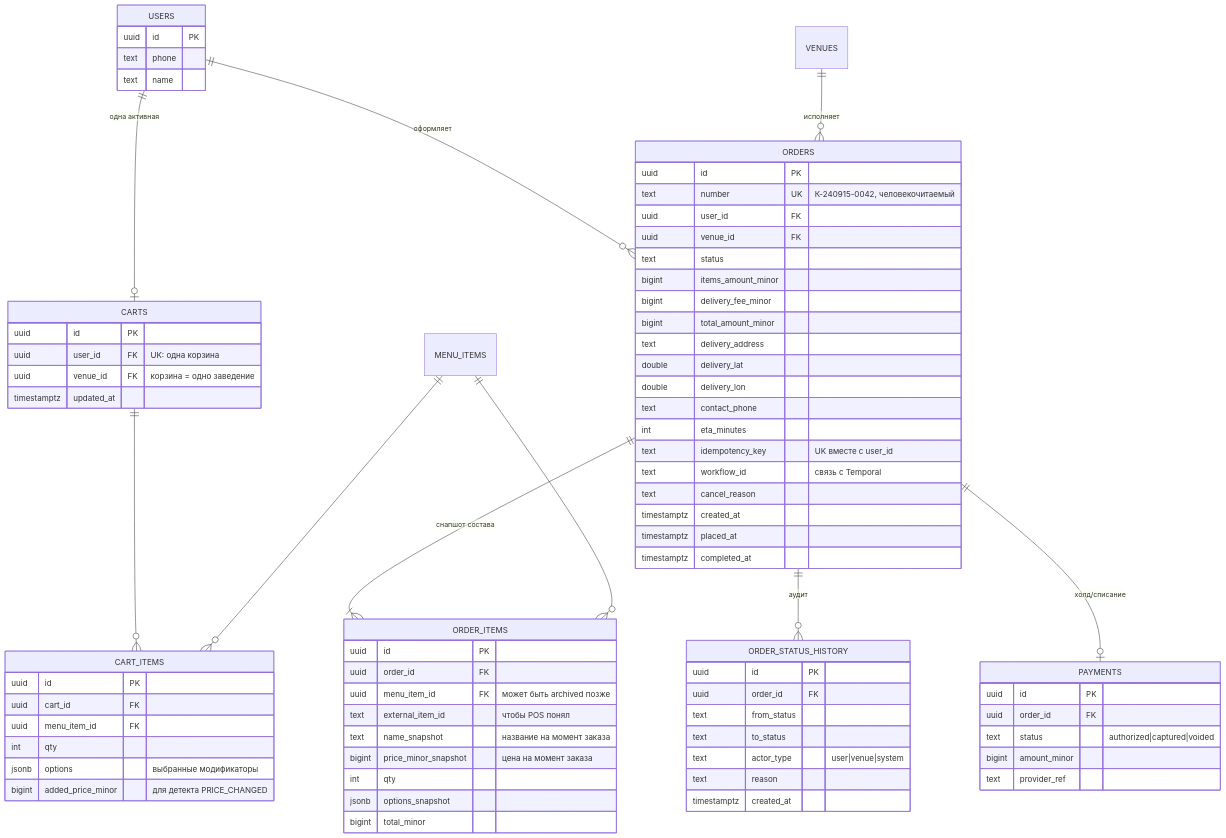
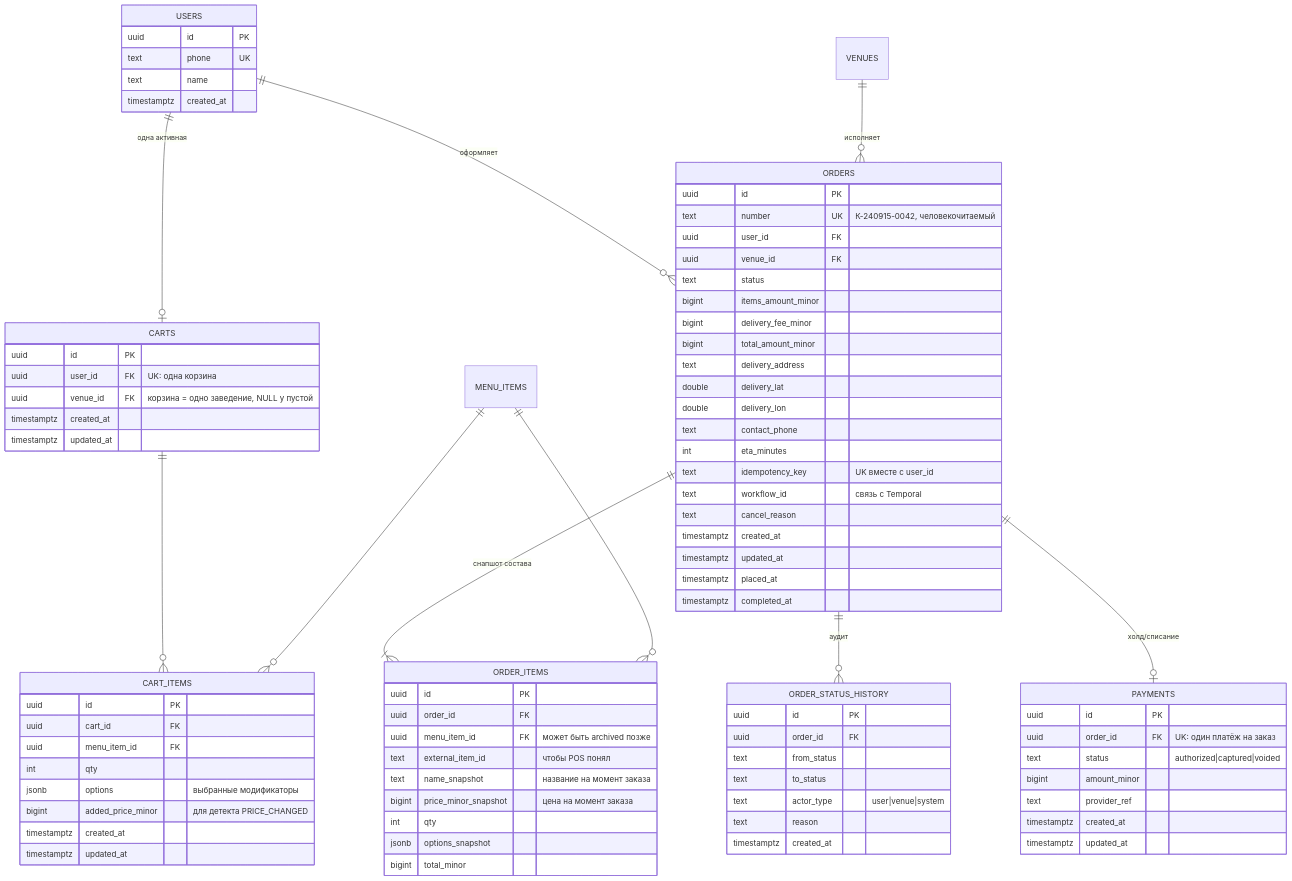
Diagram 11 of 12 in docs/DESIGN.md (EmotionlessDev/avito2026internship), drawn with Mermaid before and after one commit. The commit also changed other lines of this file and 23 other files, not shown here.

First line of the commit message:
feat: этап 1 — схема БД, миграции и демо-данные

````diff
--- a/docs/DESIGN.md
+++ b/docs/DESIGN.md
@@ -618,13 +633,15 @@
 
     USERS {
         uuid id PK
-        text phone
+        text phone UK
         text name
+        timestamptz created_at
     }
     CARTS {
         uuid id PK
         uuid user_id FK "UK: одна корзина"
-        uuid venue_id FK "корзина = одно заведение"
+        uuid venue_id FK "корзина = одно заведение, NULL у пустой"
+        timestamptz created_at
         timestamptz updated_at
     }
     CART_ITEMS {
@@ -634,6 +651,8 @@
         int qty
         jsonb options "выбранные модификаторы"
         bigint added_price_minor "для детекта PRICE_CHANGED"
+        timestamptz created_at
+        timestamptz updated_at
     }
     ORDERS {
         uuid id PK
@@ -653,6 +672,7 @@
         text workflow_id "связь с Temporal"
         text cancel_reason
         timestamptz created_at
+        timestamptz updated_at
         timestamptz placed_at
         timestamptz completed_at
     }
@@ -678,9 +698,11 @@
     }
     PAYMENTS {
         uuid id PK
-        uuid order_id FK
+        uuid order_id FK "UK: один платёж на заказ"
         text status "authorized|captured|voided"
         bigint amount_minor
         text provider_ref
+        timestamptz created_at
+        timestamptz updated_at
     }
 ```
````
